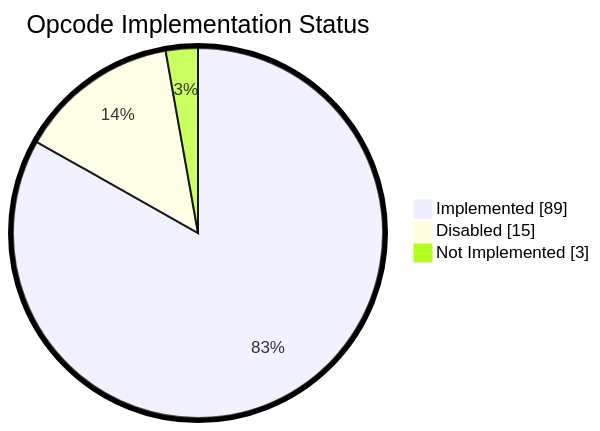
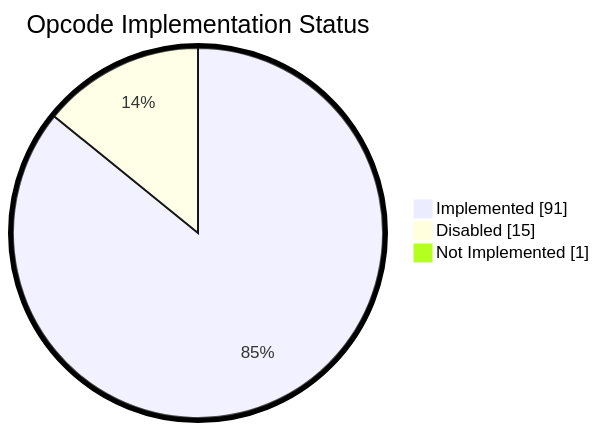
The diagram in README.md (keep-starknet-strange/shinigami), drawn with Mermaid before and after one commit. The commit also changed other lines of this file and 15 other files, not shown here.

````diff
--- a/README.md
+++ b/README.md
@@ -56,8 +56,8 @@
 ```mermaid
 %%{init: {"pie": {"textPosition": 0.75}, "themeVariables": {"pieOuterStrokeWidth": "5px"}} }%%
 pie showData
     title Opcode Implementation Status
-    "Implemented" : 89
+    "Implemented" : 91
     "Disabled" : 15
-    "Not Implemented" : 3
+    "Not Implemented" : 1
 ```
````
